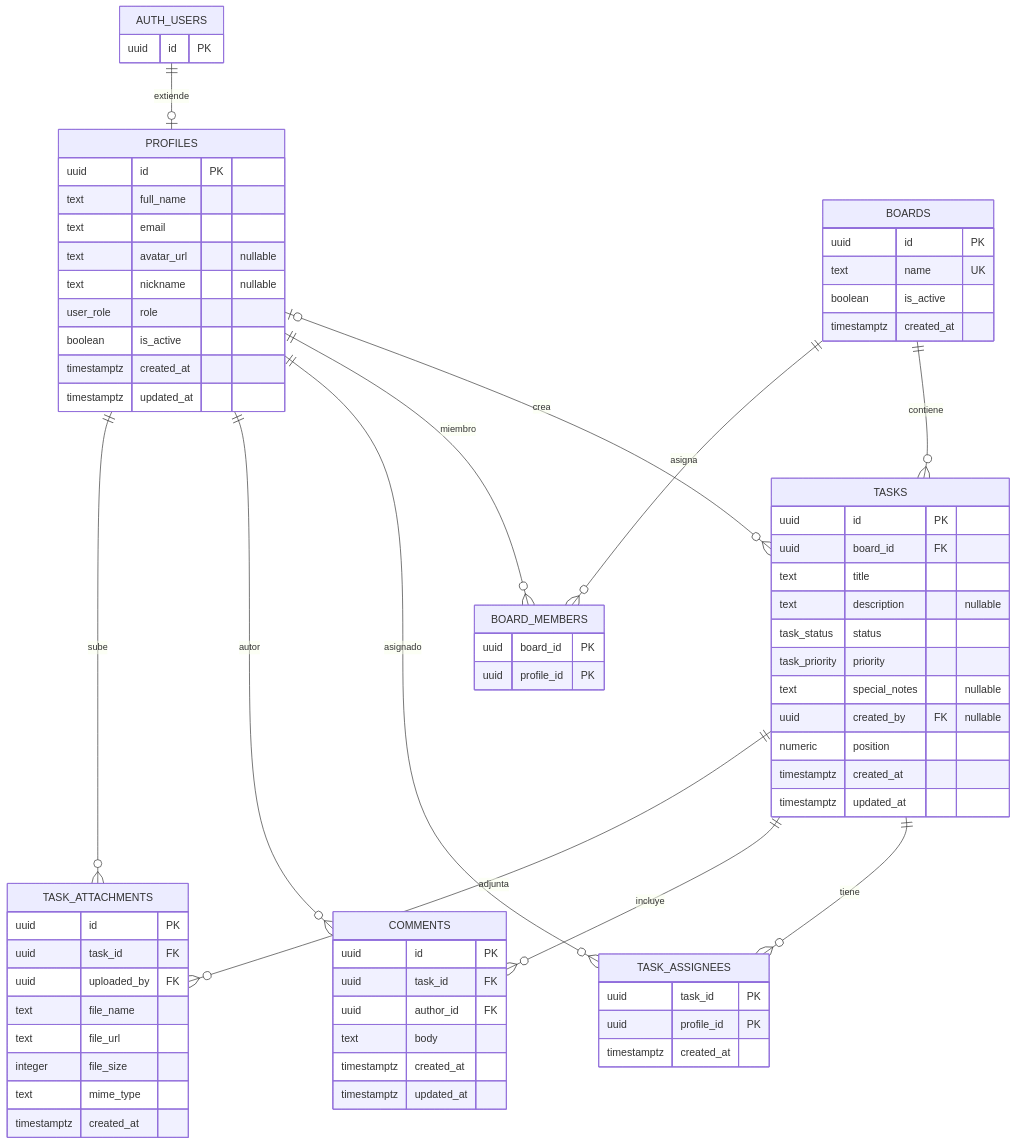
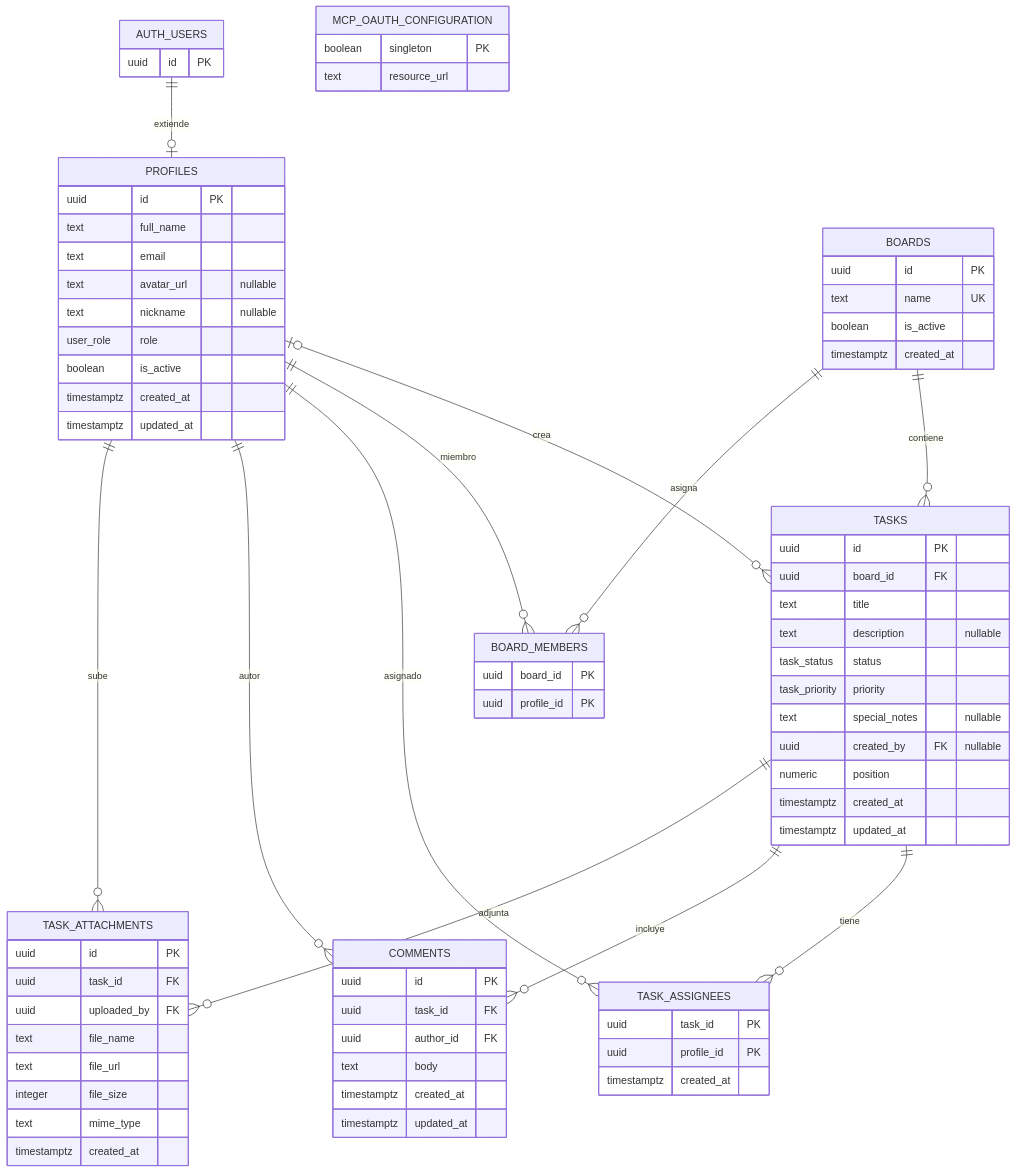
One commit to furthurr/dashboardFurthurr changed the diagram in .data/04-schema.md. Above: the diagram before and after it, drawn with Mermaid. The commit also changed other lines of this file and 17 other files, not shown here.

Commit message:
docs(mcp): ampliar documentación de OAuth y clientes

````diff
--- a/.data/04-schema.md
+++ b/.data/04-schema.md
@@ -9,75 +9,79 @@
 ```mermaid
 erDiagram
   AUTH_USERS ||--o| PROFILES : "extiende"
   PROFILES o|--o{ TASKS : "crea"
   BOARDS ||--o{ TASKS : "contiene"
   BOARDS ||--o{ BOARD_MEMBERS : "asigna"
   PROFILES ||--o{ BOARD_MEMBERS : "miembro"
   TASKS ||--o{ TASK_ASSIGNEES : "tiene"
   PROFILES ||--o{ TASK_ASSIGNEES : "asignado"
   TASKS ||--o{ COMMENTS : "incluye"
   PROFILES ||--o{ COMMENTS : "autor"
   TASKS ||--o{ TASK_ATTACHMENTS : "adjunta"
   PROFILES ||--o{ TASK_ATTACHMENTS : "sube"
 
   AUTH_USERS {
     uuid id PK
   }
   PROFILES {
     uuid id PK
     text full_name
     text email
     text avatar_url "nullable"
     text nickname "nullable"
     user_role role
     boolean is_active
     timestamptz created_at
     timestamptz updated_at
   }
   BOARDS {
     uuid id PK
     text name UK
     boolean is_active
     timestamptz created_at
   }
   BOARD_MEMBERS {
     uuid board_id PK
     uuid profile_id PK
   }
   TASKS {
     uuid id PK
     uuid board_id FK
     text title
     text description "nullable"
     task_status status
     task_priority priority
     text special_notes "nullable"
     uuid created_by FK "nullable"
     numeric position
     timestamptz created_at
     timestamptz updated_at
   }
   TASK_ASSIGNEES {
     uuid task_id PK
     uuid profile_id PK
     timestamptz created_at
   }
   COMMENTS {
     uuid id PK
     uuid task_id FK
     uuid author_id FK
     text body
     timestamptz created_at
     timestamptz updated_at
   }
   TASK_ATTACHMENTS {
     uuid id PK
     uuid task_id FK
     uuid uploaded_by FK
     text file_name
     text file_url
     integer file_size
     text mime_type
     timestamptz created_at
   }
+  MCP_OAUTH_CONFIGURATION {
+    boolean singleton PK
+    text resource_url
+  }
 ```
````
